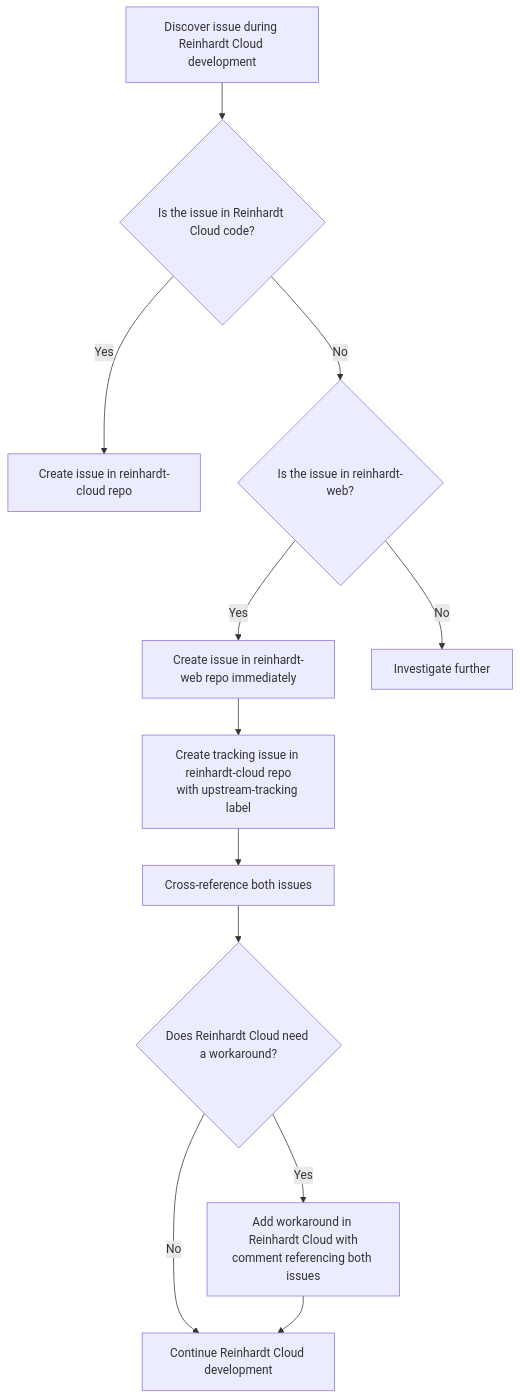
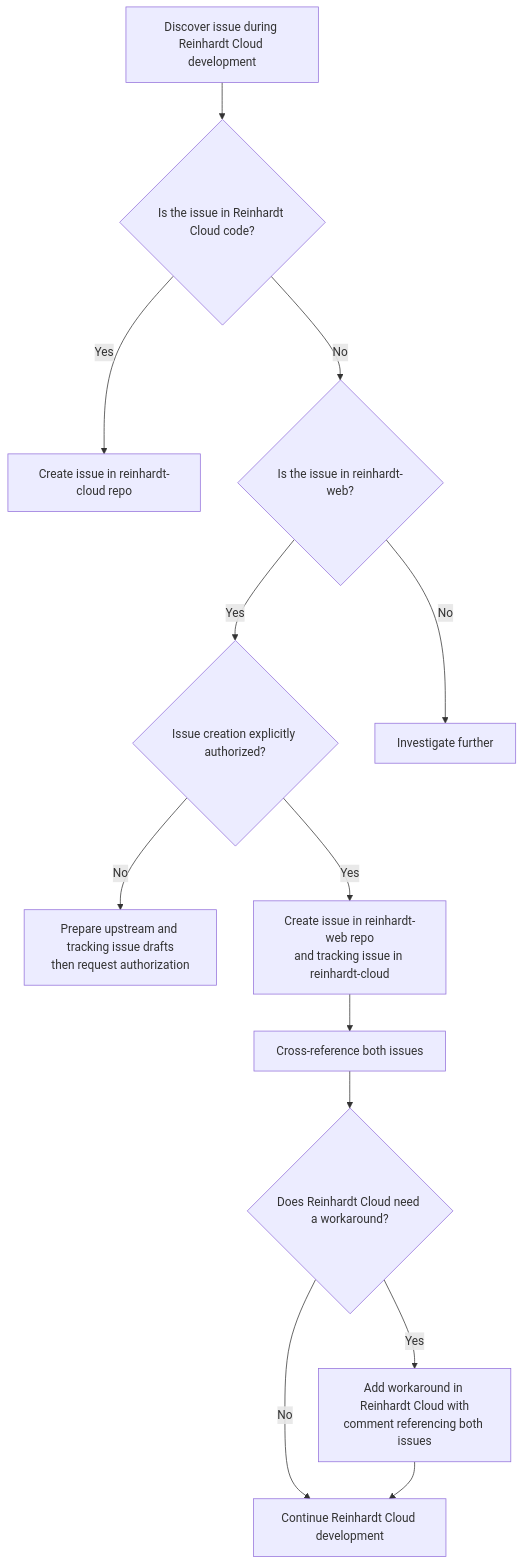
Before and after one commit to kent8192/reinhardt-cloud: the first of 2 diagrams in instructions/UPSTREAM_ISSUE_REPORTING.md, drawn with Mermaid. The commit also changed other lines of this file and 4 other files, not shown here.

````diff
--- a/instructions/UPSTREAM_ISSUE_REPORTING.md
+++ b/instructions/UPSTREAM_ISSUE_REPORTING.md
@@ -36,14 +36,15 @@
 ```mermaid
 flowchart TD
     A[Discover issue during Reinhardt Cloud development] --> B{Is the issue in Reinhardt Cloud code?}
     B -->|Yes| C[Create issue in reinhardt-cloud repo]
     B -->|No| D{Is the issue in reinhardt-web?}
-    D -->|Yes| E[Create issue in reinhardt-web repo immediately]
+    D -->|Yes| E{Issue creation explicitly authorized?}
     D -->|No| F[Investigate further]
-    E --> E2["Create tracking issue in reinhardt-cloud repo<br/>with upstream-tracking label"]
+    E -->|No| E1["Prepare upstream and tracking issue drafts<br/>then request authorization"]
+    E -->|Yes| E2["Create issue in reinhardt-web repo<br/>and tracking issue in reinhardt-cloud"]
     E2 --> E3["Cross-reference both issues"]
     E3 --> G{Does Reinhardt Cloud need a workaround?}
     G -->|Yes| H["Add workaround in Reinhardt Cloud with<br/>comment referencing both issues"]
     G -->|No| I[Continue Reinhardt Cloud development]
     H --> I
 ```
````
